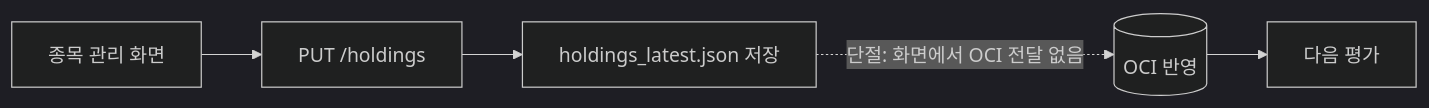
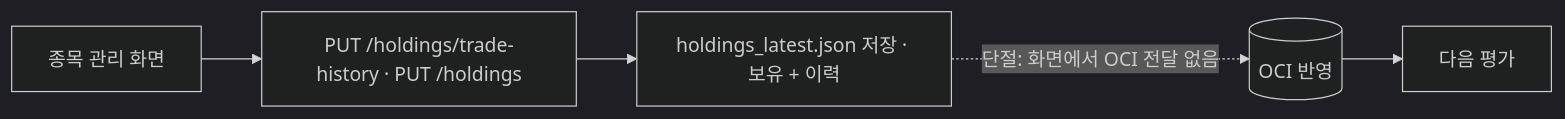
One commit to KevinKim-KOR/krx_hyungsoo changed the second of 3 diagrams in docs/PROGRAM_TRUTH.md. Above: the diagram before and after it, drawn with Mermaid (dark theme). The commit also changed other lines of this file and 58 other files, not shown here.

````diff
--- a/docs/PROGRAM_TRUTH.md
+++ b/docs/PROGRAM_TRUTH.md
@@ -316,7 +320,7 @@
 ```mermaid
 flowchart LR
-  A[종목 관리 화면] --> B[PUT /holdings]
-  B --> C[holdings_latest.json 저장]
+  A[종목 관리 화면] --> B[PUT /holdings/trade-history · PUT /holdings]
+  B --> C[holdings_latest.json 저장 · 보유 + 이력]
   C -. 단절: 화면에서 OCI 전달 없음 .-> D[(OCI 반영)]
   D --> E[다음 평가]
 ```
````
